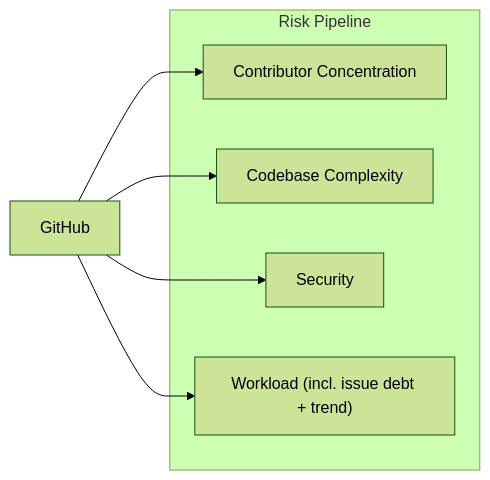
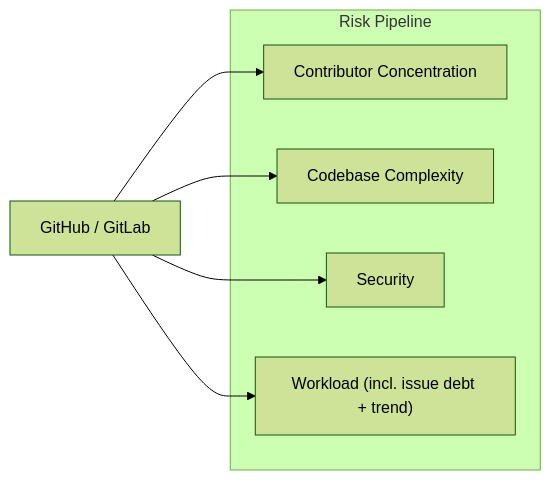
The diagram in docs/risk.md (osendowment/model), drawn with Mermaid (forest theme) before and after one commit. The commit also changed other lines of this file and 2 other files, not shown here.

````diff
--- a/docs/risk.md
+++ b/docs/risk.md
@@ -86,16 +90,16 @@
 ```mermaid
 graph LR
-    github["GitHub"]
+    github["GitHub / GitLab"]
 
     subgraph Risk["Risk Pipeline"]
         concentration["Contributor Concentration"]
         complexity["Codebase Complexity"]
         security["Security"]
         workload["Workload (incl. issue debt + trend)"]
     end
 
     github --> concentration
     github --> complexity
     github --> security
     github --> workload
 ```
````
